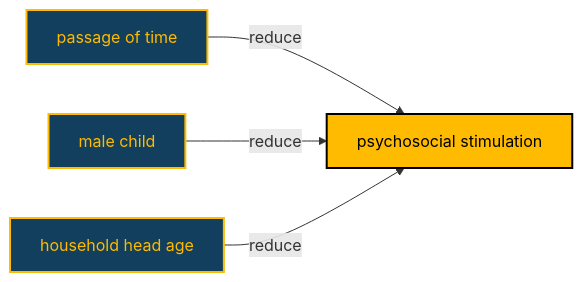
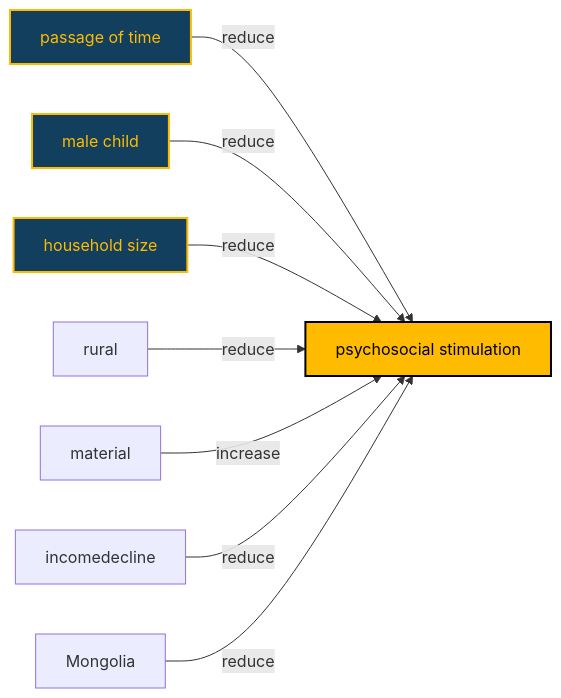
Before and after one commit to agrogan1/research: the diagram in MICSPLUS/diagram.md, drawn with Mermaid.

````diff
--- a/MICSPLUS/diagram.md
+++ b/MICSPLUS/diagram.md
@@ -1,31 +1,45 @@
 ```mermaid
 
 flowchart LR
+
+  %% classes
 
   classDef yellow fill:#FFC20E,stroke:#000000,stroke-width:2px,color:#000000;
   
   classDef cyan fill:#1CABE2,stroke:#000000,stroke-width:2px,color:#FFFFFF;
   
   classDef red fill:#E2231A,stroke:#000000,stroke-width:2px,color:#FFFFFF;
   
   classDef orange fill:#F26A21,stroke:#000000,stroke-width:2px,color:#FFFFFF;
 
   classDef tidal fill:#113f5d,color:#FFBB00,stroke:#FFBB00,stroke-width:2px
 
   classDef tidal2 fill:#FFBB00,color:#000000,stroke:#000000,stroke-width:2px
 
-  time[passage of time]:::tidal
+  psychosocial[psychosocial stimulation]:::tidal2
 
-  psychosocial[psychosocial stimulation]:::tidal2
+  %% nodes
+
+  time[passage of time]:::tidal  
 
   male[male child]:::tidal
 
-  age[household head age]:::tidal
+  size[household size]:::tidal
+
+  %% links
 
   time --> |"reduce"| psychosocial
 
   male --> |"reduce"| psychosocial
 
-  age --> |"reduce"| psychosocial
+  size --> |"reduce"| psychosocial
+
+  rural --> |"reduce"| psychosocial
+
+  material --> |"increase"| psychosocial
+
+  incomedecline --> |"reduce"| psychosocial
+
+  Mongolia --> |"reduce"| psychosocial
 
 ```
````
